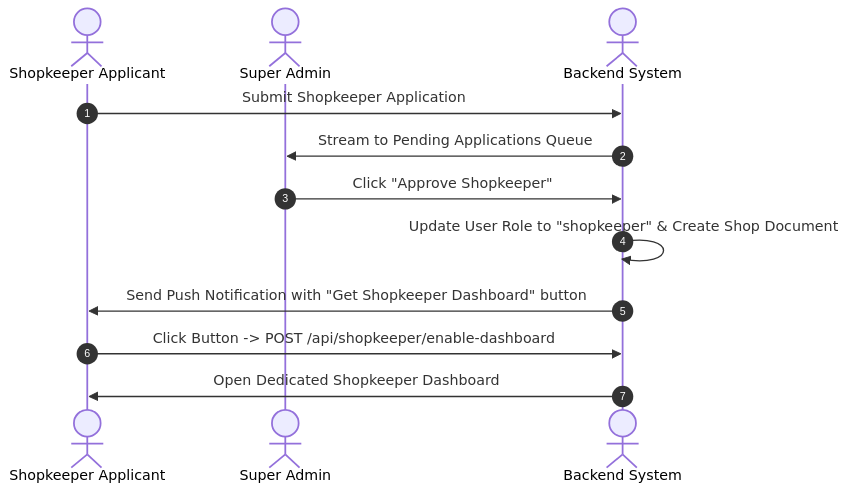
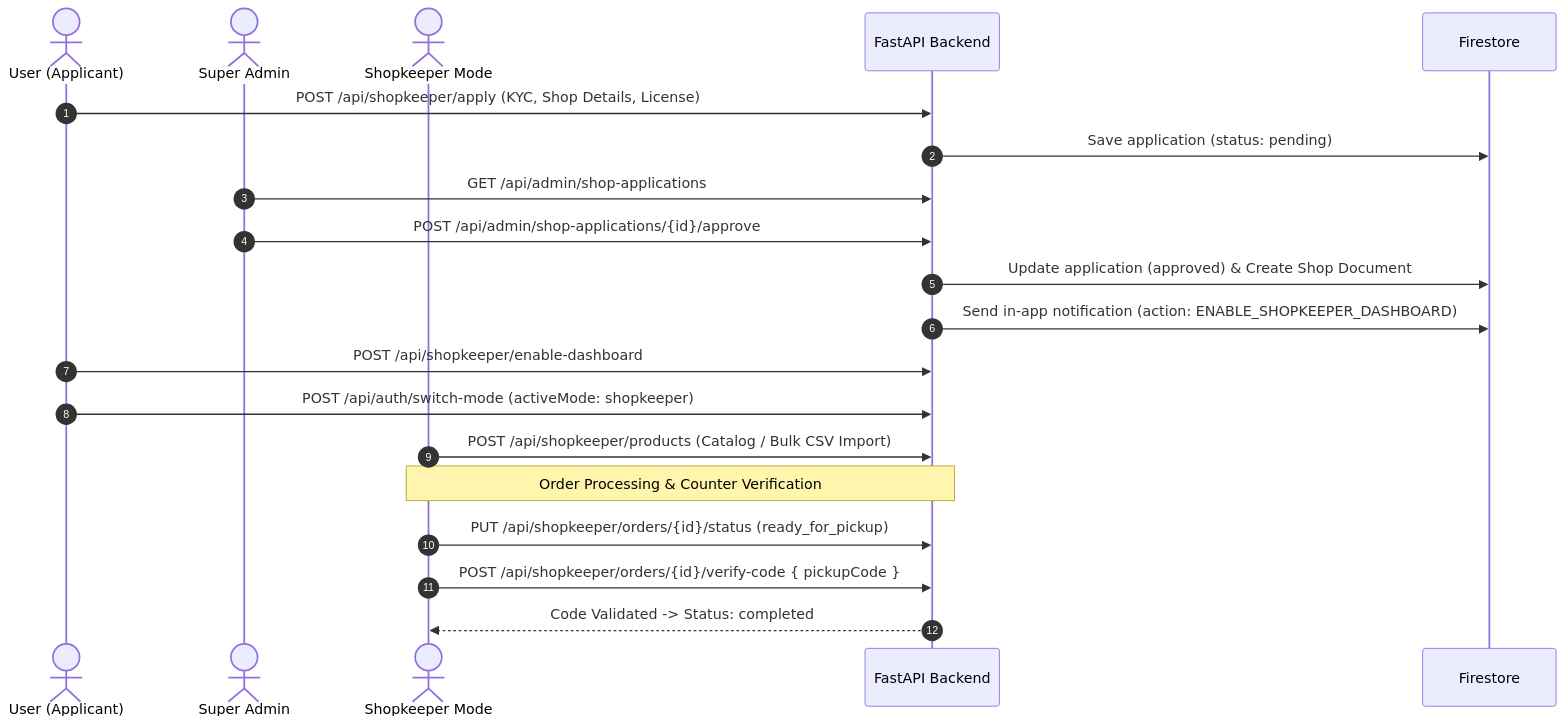
One commit to Rajamaran-31/Go2Pick changed the second of 2 diagrams in DOCUMENTATION.md. Above: the diagram before and after it, drawn with Mermaid. The commit also changed other lines of this file and 9 other files, not shown here.

Commit message:
feat: align with workflow blueprint, remove hardcoded access, add pickup code UI and cancellation

````diff
--- a/DOCUMENTATION.md
+++ b/DOCUMENTATION.md
@@ -198,15 +119,22 @@
 ```mermaid
 sequenceDiagram
     autonumber
-    actor Merchant as Shopkeeper Applicant
+    actor Customer as User (Applicant)
     actor Admin as Super Admin
-    actor System as Backend System
-
-    Merchant->>System: Submit Shopkeeper Application
-    System->>Admin: Stream to Pending Applications Queue
-    Admin->>System: Click "Approve Shopkeeper"
-    System->>System: Update User Role to "shopkeeper" & Create Shop Document
-    System->>Merchant: Send Push Notification with "Get Shopkeeper Dashboard" button
-    Merchant->>System: Click Button -> POST /api/shopkeeper/enable-dashboard
-    System->>Merchant: Open Dedicated Shopkeeper Dashboard
+    actor Shopkeeper as Shopkeeper Mode
+    participant API as FastAPI Backend
+    participant DB as Firestore
+    Customer->>API: POST /api/shopkeeper/apply (KYC, Shop Details, License)
+    API->>DB: Save application (status: pending)
+    Admin->>API: GET /api/admin/shop-applications
+    Admin->>API: POST /api/admin/shop-applications/{id}/approve
+    API->>DB: Update application (approved) & Create Shop Document
+    API->>DB: Send in-app notification (action: ENABLE_SHOPKEEPER_DASHBOARD)
+    Customer->>API: POST /api/shopkeeper/enable-dashboard
+    Customer->>API: POST /api/auth/switch-mode (activeMode: shopkeeper)
+    Shopkeeper->>API: POST /api/shopkeeper/products (Catalog / Bulk CSV Import)
+    Note over Shopkeeper,API: Order Processing & Counter Verification
+    Shopkeeper->>API: PUT /api/shopkeeper/orders/{id}/status (ready_for_pickup)
+    Shopkeeper->>API: POST /api/shopkeeper/orders/{id}/verify-code { pickupCode }
+    API-->>Shopkeeper: Code Validated -> Status: completed
 ```
````
